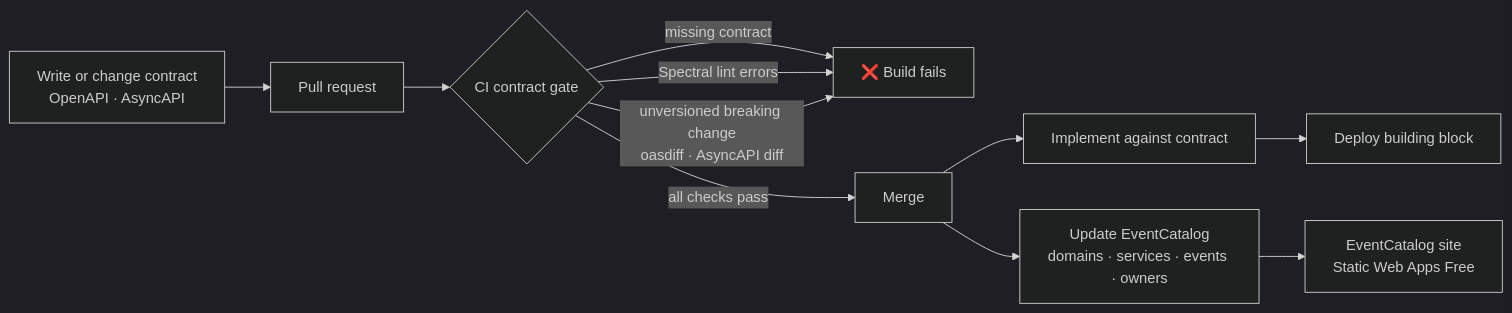
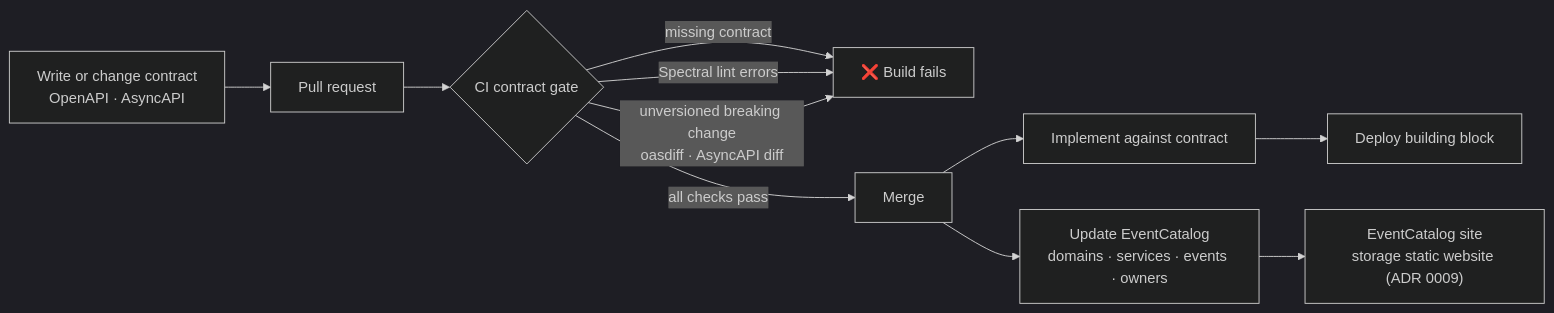
The diagram in docs/adr/0005-contracts-everywhere-eventcatalog.md (azure-intelligence-domain/ai-intelligence-domain), drawn with Mermaid (dark theme) before and after one commit. The commit also changed other lines of this file and 5 other files, not shown here.

First line of the commit message:
Step 3: EventCatalog generated from released contracts (ADR 0009)

````diff
--- a/docs/adr/0005-contracts-everywhere-eventcatalog.md
+++ b/docs/adr/0005-contracts-everywhere-eventcatalog.md
@@ -27,13 +28,13 @@
 ```mermaid
 flowchart LR
     write["Write or change contract<br/>OpenAPI · AsyncAPI"] --> pr["Pull request"]
     pr --> ci{"CI contract gate"}
     ci -- "missing contract" --> fail["❌ Build fails"]
     ci -- "Spectral lint errors" --> fail
     ci -- "unversioned breaking change<br/>oasdiff · AsyncAPI diff" --> fail
     ci -- "all checks pass" --> merge["Merge"]
     merge --> impl["Implement against contract"]
     impl --> deploy["Deploy building block"]
     merge --> gen["Update EventCatalog<br/>domains · services · events · owners"]
-    gen --> swa["EventCatalog site<br/>Static Web Apps Free"]
+    gen --> swa["EventCatalog site<br/>storage static website (ADR 0009)"]
 ```
````
